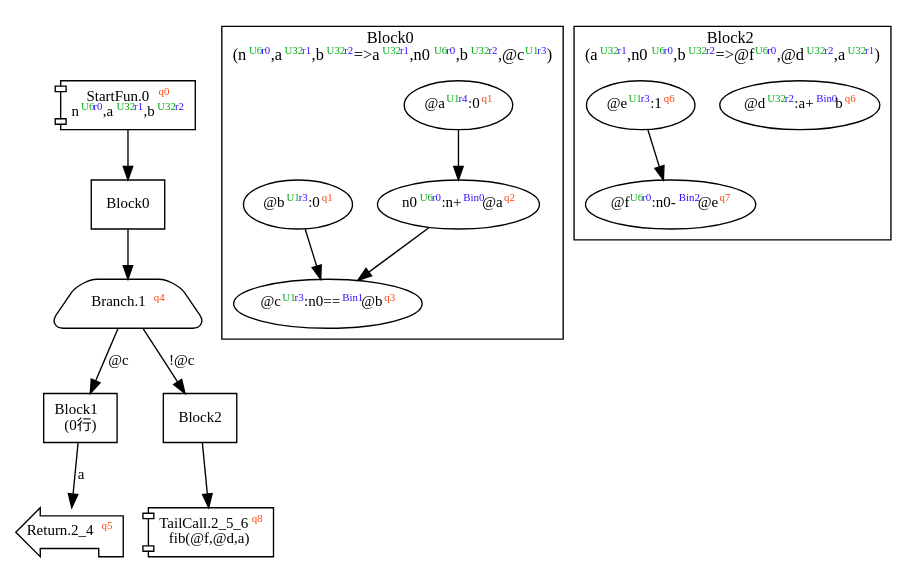
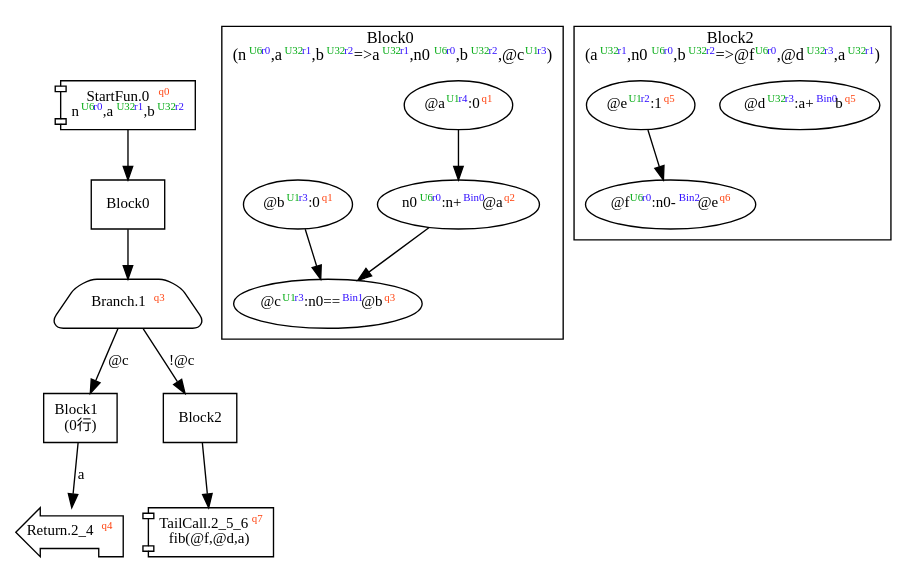
Before and after one commit to akouryy/SyntheScala: the diagram in dist/fib.dot, drawn with Graphviz. The commit also changed 24 other files, not shown here.

Commit message:
Remove Jump.Branch-occupied state

```diff
--- a/dist/fib.dot
+++ b/dist/fib.dot
@@ -1,40 +1,40 @@
 digraph Program_ {
   graph [fontname = "Monaco", fontsize = 12, ranksep = 0.5];
   node [shape = box, fontname = "Monaco", fontsize = 11; colorscheme = pastel19];
   edge [fontname = "Monaco", fontsize = 11; colorscheme = pastel19];
   Jump0[label = <StartFun.0<font color="#ff4411" point-size="8"><sup>q0</sup></font><br/>n<font color="#00aa11" point-size="8"><sup>U6</sup></font><font color="#3311ff" point-size="8"><sup>r0</sup></font>,a<font color="#00aa11" point-size="8"><sup>U32</sup></font><font color="#3311ff" point-size="8"><sup>r1</sup></font>,b<font color="#00aa11" point-size="8"><sup>U32</sup></font><font color="#3311ff" point-size="8"><sup>r2</sup></font>>; shape = component];
   Jump0 -> Block0;
   Jump1[
-    label = <Branch.1<font color="#ff4411" point-size="8"><sup>q4</sup></font>>;
+    label = <Branch.1<font color="#ff4411" point-size="8"><sup>q3</sup></font>>;
     shape = trapezium; style = rounded;
   ];
   Block0 -> Jump1;
   Jump1 -> Block1 [label="@c"];
   Jump1 -> Block2 [label="!@c"];
-  Jump2_4[label = <Return.2_4<font color="#ff4411" point-size="8"><sup>q5</sup></font>>; shape = lpromoter];
+  Jump2_4[label = <Return.2_4<font color="#ff4411" point-size="8"><sup>q4</sup></font>>; shape = lpromoter];
   Block1 -> Jump2_4 [label="a"];
-  Jump2_5_6[label = <TailCall.2_5_6<font color="#ff4411" point-size="8"><sup>q8</sup></font><br/>fib(@f,@d,a)>; shape = component];
+  Jump2_5_6[label = <TailCall.2_5_6<font color="#ff4411" point-size="8"><sup>q7</sup></font><br/>fib(@f,@d,a)>; shape = component];
   Block2 -> Jump2_5_6;
   Block0 [label = "Block0"];
   Block1 [label = "Block1\l(0行)"];
   Block2 [label = "Block2"];
   subgraph cluster_dfg_Block0 {
     node [shape = oval];
     label = <Block0<br/>(n<font color="#00aa11" point-size="8"><sup>U6</sup></font><font color="#3311ff" point-size="8"><sup>r0</sup></font>,a<font color="#00aa11" point-size="8"><sup>U32</sup></font><font color="#3311ff" point-size="8"><sup>r1</sup></font>,b<font color="#00aa11" point-size="8"><sup>U32</sup></font><font color="#3311ff" point-size="8"><sup>r2</sup></font>=&gt;a<font color="#00aa11" point-size="8"><sup>U32</sup></font><font color="#3311ff" point-size="8"><sup>r1</sup></font>,n0<font color="#00aa11" point-size="8"><sup>U6</sup></font><font color="#3311ff" point-size="8"><sup>r0</sup></font>,b<font color="#00aa11" point-size="8"><sup>U32</sup></font><font color="#3311ff" point-size="8"><sup>r2</sup></font>,@c<font color="#00aa11" point-size="8"><sup>U1</sup></font><font color="#3311ff" point-size="8"><sup>r3</sup></font>)>;
     0 [label=<@a<font color="#00aa11" point-size="8"><sup>U1</sup></font><font color="#3311ff" point-size="8"><sup>r4</sup></font>:0<font color="#ff4411" point-size="8"><sup>q1</sup></font>>];
     1 [label=<n0<font color="#00aa11" point-size="8"><sup>U6</sup></font><font color="#3311ff" point-size="8"><sup>r0</sup></font>:n+<font color="#3311ff" point-size="8"><sup>Bin0</sup></font>@a<font color="#ff4411" point-size="8"><sup>q2</sup></font>>];
     2 [label=<@b<font color="#00aa11" point-size="8"><sup>U1</sup></font><font color="#3311ff" point-size="8"><sup>r3</sup></font>:0<font color="#ff4411" point-size="8"><sup>q1</sup></font>>];
     3 [label=<@c<font color="#00aa11" point-size="8"><sup>U1</sup></font><font color="#3311ff" point-size="8"><sup>r3</sup></font>:n0==<font color="#3311ff" point-size="8"><sup>Bin1</sup></font>@b<font color="#ff4411" point-size="8"><sup>q3</sup></font>>];
     0 -> 1;
     1 -> 3;
     2 -> 3;
   }
   subgraph cluster_dfg_Block2 {
     node [shape = oval];
-    label = <Block2<br/>(a<font color="#00aa11" point-size="8"><sup>U32</sup></font><font color="#3311ff" point-size="8"><sup>r1</sup></font>,n0<font color="#00aa11" point-size="8"><sup>U6</sup></font><font color="#3311ff" point-size="8"><sup>r0</sup></font>,b<font color="#00aa11" point-size="8"><sup>U32</sup></font><font color="#3311ff" point-size="8"><sup>r2</sup></font>=&gt;@f<font color="#00aa11" point-size="8"><sup>U6</sup></font><font color="#3311ff" point-size="8"><sup>r0</sup></font>,@d<font color="#00aa11" point-size="8"><sup>U32</sup></font><font color="#3311ff" point-size="8"><sup>r2</sup></font>,a<font color="#00aa11" point-size="8"><sup>U32</sup></font><font color="#3311ff" point-size="8"><sup>r1</sup></font>)>;
-    4 [label=<@d<font color="#00aa11" point-size="8"><sup>U32</sup></font><font color="#3311ff" point-size="8"><sup>r2</sup></font>:a+<font color="#3311ff" point-size="8"><sup>Bin0</sup></font>b<font color="#ff4411" point-size="8"><sup>q6</sup></font>>];
-    5 [label=<@e<font color="#00aa11" point-size="8"><sup>U1</sup></font><font color="#3311ff" point-size="8"><sup>r3</sup></font>:1<font color="#ff4411" point-size="8"><sup>q6</sup></font>>];
-    6 [label=<@f<font color="#00aa11" point-size="8"><sup>U6</sup></font><font color="#3311ff" point-size="8"><sup>r0</sup></font>:n0-<font color="#3311ff" point-size="8"><sup>Bin2</sup></font>@e<font color="#ff4411" point-size="8"><sup>q7</sup></font>>];
+    label = <Block2<br/>(a<font color="#00aa11" point-size="8"><sup>U32</sup></font><font color="#3311ff" point-size="8"><sup>r1</sup></font>,n0<font color="#00aa11" point-size="8"><sup>U6</sup></font><font color="#3311ff" point-size="8"><sup>r0</sup></font>,b<font color="#00aa11" point-size="8"><sup>U32</sup></font><font color="#3311ff" point-size="8"><sup>r2</sup></font>=&gt;@f<font color="#00aa11" point-size="8"><sup>U6</sup></font><font color="#3311ff" point-size="8"><sup>r0</sup></font>,@d<font color="#00aa11" point-size="8"><sup>U32</sup></font><font color="#3311ff" point-size="8"><sup>r3</sup></font>,a<font color="#00aa11" point-size="8"><sup>U32</sup></font><font color="#3311ff" point-size="8"><sup>r1</sup></font>)>;
+    4 [label=<@d<font color="#00aa11" point-size="8"><sup>U32</sup></font><font color="#3311ff" point-size="8"><sup>r3</sup></font>:a+<font color="#3311ff" point-size="8"><sup>Bin0</sup></font>b<font color="#ff4411" point-size="8"><sup>q5</sup></font>>];
+    5 [label=<@e<font color="#00aa11" point-size="8"><sup>U1</sup></font><font color="#3311ff" point-size="8"><sup>r2</sup></font>:1<font color="#ff4411" point-size="8"><sup>q5</sup></font>>];
+    6 [label=<@f<font color="#00aa11" point-size="8"><sup>U6</sup></font><font color="#3311ff" point-size="8"><sup>r0</sup></font>:n0-<font color="#3311ff" point-size="8"><sup>Bin2</sup></font>@e<font color="#ff4411" point-size="8"><sup>q6</sup></font>>];
     5 -> 6;
   }
 }
```
